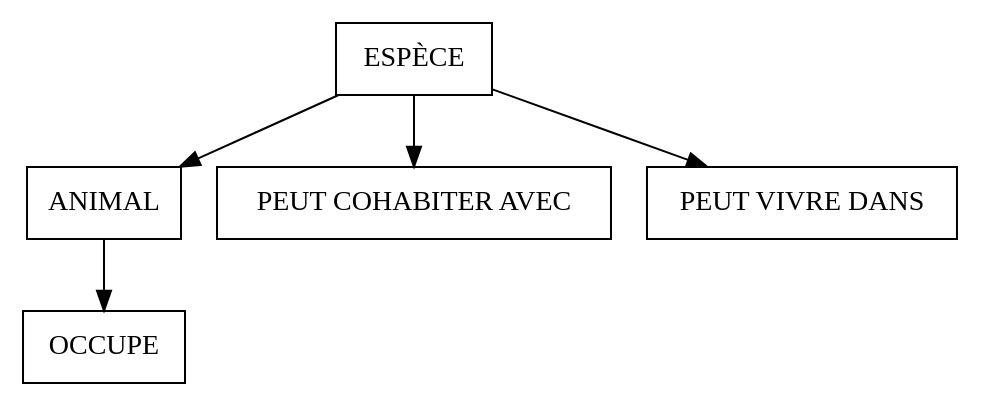
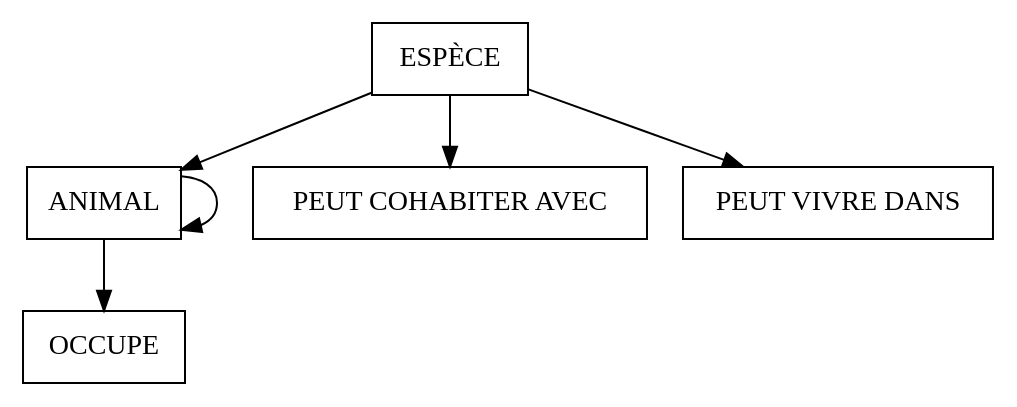
One commit to laowantong/mocodo changed the diagram in test/snapshots/snapshot.md. Above: the diagram before and after it, drawn with Graphviz. The commit also changed other lines of this file and 29 other files, not shown here.

````diff
--- a/test/snapshots/snapshot.md
+++ b/test/snapshots/snapshot.md
@@ -76,9 +83,10 @@
 ```graphviz
 digraph {
   node [shape=box]
   "ESPÈCE" -> "ANIMAL"
+  "ANIMAL" -> "ANIMAL"
   "ANIMAL" -> "OCCUPE"
   "ESPÈCE" -> "PEUT COHABITER AVEC"
   "ESPÈCE" -> "PEUT VIVRE DANS"
 }
 ```
````
